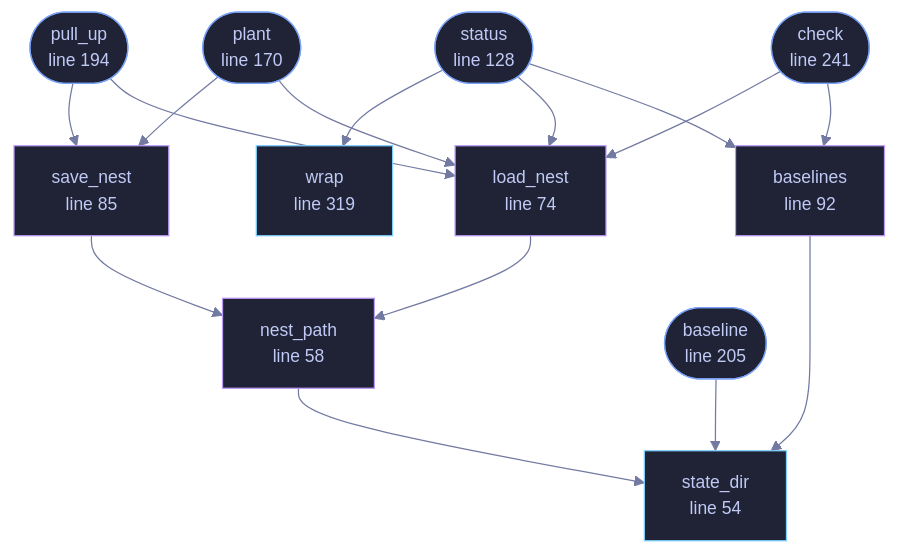
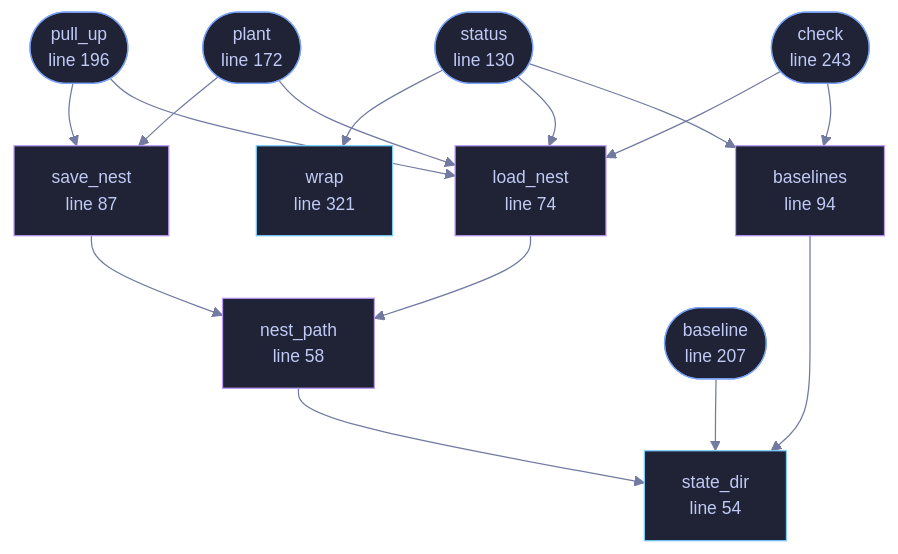
One commit to tilas01/veilvoice changed the diagram in docs/files/veilvoice-cli/sentry.md. Above: the diagram before and after it, drawn with Mermaid. The commit also changed other lines of this file and 550 other files, not shown here.

````diff
--- a/docs/files/veilvoice-cli/sentry.md
+++ b/docs/files/veilvoice-cli/sentry.md
@@ -103,46 +103,46 @@
 ```mermaid
 %%{init: {"theme":"base","themeVariables":{"background":"#1a1b26","primaryColor":"#1f2335","primaryTextColor":"#c0caf5","primaryBorderColor":"#7aa2f7","secondaryColor":"#16161e","tertiaryColor":"#16161e","lineColor":"#737aa2","textColor":"#c0caf5","mainBkg":"#1f2335","nodeBorder":"#7aa2f7","clusterBkg":"#16161e","clusterBorder":"#2f3549","fontFamily":"ui-monospace, SFMono-Regular, Consolas, monospace","fontSize":"14px"}}}%%
 flowchart TD
     n_state_dir["state_dir<br/>line 54"]
     n_nest_path["nest_path<br/>line 58"]
     n_load_nest["load_nest<br/>line 74"]
-    n_save_nest["save_nest<br/>line 85"]
-    n_baselines["baselines<br/>line 92"]
-    n_status(["status<br/>line 128"])
-    n_plant(["plant<br/>line 170"])
-    n_pull_up(["pull_up<br/>line 194"])
-    n_baseline(["baseline<br/>line 205"])
-    n_check(["check<br/>line 241"])
-    n_wrap["wrap<br/>line 319"]
+    n_save_nest["save_nest<br/>line 87"]
+    n_baselines["baselines<br/>line 94"]
+    n_status(["status<br/>line 130"])
+    n_plant(["plant<br/>line 172"])
+    n_pull_up(["pull_up<br/>line 196"])
+    n_baseline(["baseline<br/>line 207"])
+    n_check(["check<br/>line 243"])
+    n_wrap["wrap<br/>line 321"]
     n_baseline --> n_state_dir
     n_baselines --> n_state_dir
     n_check --> n_baselines
     n_check --> n_load_nest
     n_load_nest --> n_nest_path
     n_nest_path --> n_state_dir
     n_plant --> n_load_nest
     n_plant --> n_save_nest
     n_pull_up --> n_load_nest
     n_pull_up --> n_save_nest
     n_save_nest --> n_nest_path
     n_status --> n_baselines
     n_status --> n_load_nest
     n_status --> n_wrap
     click n_state_dir href "https://github.com/tilas01/veilvoice/blob/main/crates/veilvoice-cli/src/sentry.rs#L54" "open the source"
     click n_nest_path href "https://github.com/tilas01/veilvoice/blob/main/crates/veilvoice-cli/src/sentry.rs#L58" "open the source"
     click n_load_nest href "https://github.com/tilas01/veilvoice/blob/main/crates/veilvoice-cli/src/sentry.rs#L74" "open the source"
-    click n_save_nest href "https://github.com/tilas01/veilvoice/blob/main/crates/veilvoice-cli/src/sentry.rs#L85" "open the source"
-    click n_baselines href "https://github.com/tilas01/veilvoice/blob/main/crates/veilvoice-cli/src/sentry.rs#L92" "open the source"
-    click n_status href "https://github.com/tilas01/veilvoice/blob/main/crates/veilvoice-cli/src/sentry.rs#L128" "open the source"
-    click n_plant href "https://github.com/tilas01/veilvoice/blob/main/crates/veilvoice-cli/src/sentry.rs#L170" "open the source"
-    click n_pull_up href "https://github.com/tilas01/veilvoice/blob/main/crates/veilvoice-cli/src/sentry.rs#L194" "open the source"
-    click n_baseline href "https://github.com/tilas01/veilvoice/blob/main/crates/veilvoice-cli/src/sentry.rs#L205" "open the source"
-    click n_check href "https://github.com/tilas01/veilvoice/blob/main/crates/veilvoice-cli/src/sentry.rs#L241" "open the source"
-    click n_wrap href "https://github.com/tilas01/veilvoice/blob/main/crates/veilvoice-cli/src/sentry.rs#L319" "open the source"
+    click n_save_nest href "https://github.com/tilas01/veilvoice/blob/main/crates/veilvoice-cli/src/sentry.rs#L87" "open the source"
+    click n_baselines href "https://github.com/tilas01/veilvoice/blob/main/crates/veilvoice-cli/src/sentry.rs#L94" "open the source"
+    click n_status href "https://github.com/tilas01/veilvoice/blob/main/crates/veilvoice-cli/src/sentry.rs#L130" "open the source"
+    click n_plant href "https://github.com/tilas01/veilvoice/blob/main/crates/veilvoice-cli/src/sentry.rs#L172" "open the source"
+    click n_pull_up href "https://github.com/tilas01/veilvoice/blob/main/crates/veilvoice-cli/src/sentry.rs#L196" "open the source"
+    click n_baseline href "https://github.com/tilas01/veilvoice/blob/main/crates/veilvoice-cli/src/sentry.rs#L207" "open the source"
+    click n_check href "https://github.com/tilas01/veilvoice/blob/main/crates/veilvoice-cli/src/sentry.rs#L243" "open the source"
+    click n_wrap href "https://github.com/tilas01/veilvoice/blob/main/crates/veilvoice-cli/src/sentry.rs#L321" "open the source"
     classDef entry fill:#1f2335,stroke:#7aa2f7,color:#c0caf5
     class n_status,n_plant,n_pull_up,n_baseline,n_check entry
     classDef api fill:#1f2335,stroke:#7dcfff,color:#c0caf5
     class n_state_dir,n_wrap api
     classDef helper fill:#1f2335,stroke:#bb9af7,color:#c0caf5
     class n_nest_path,n_load_nest,n_save_nest,n_baselines helper
 ```
````
